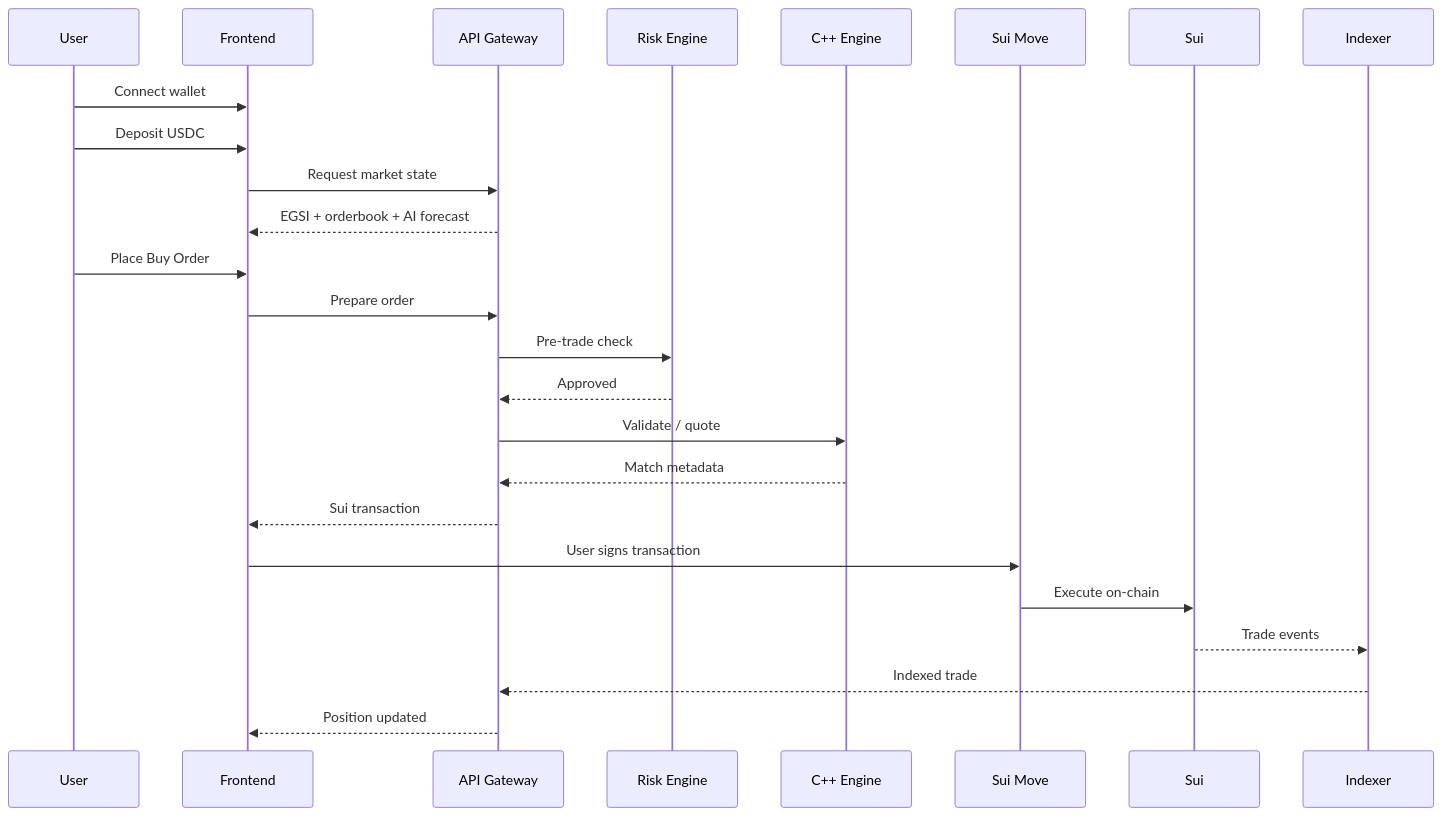
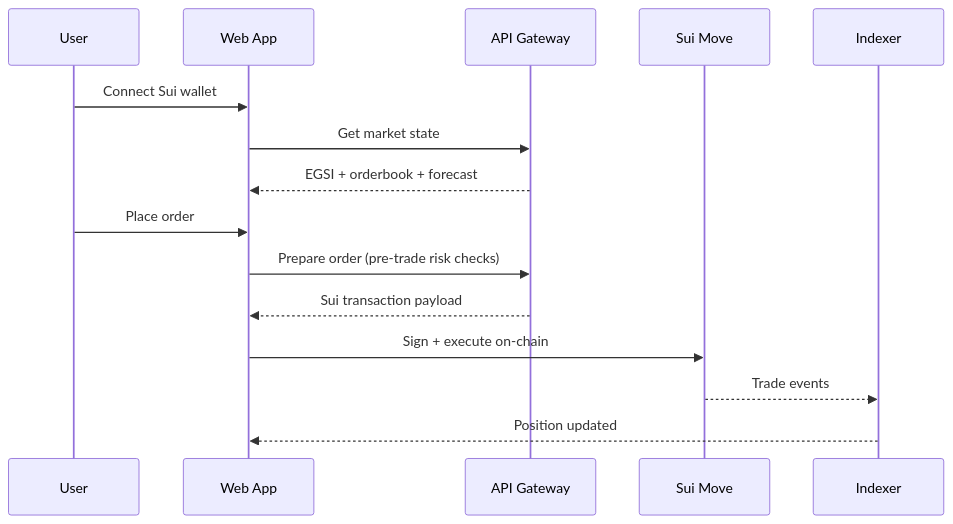
The second of 3 diagrams in ARCHITECTURE.md (zishaan1911/BlockSpace-Securities-Exchange), drawn with Mermaid before and after one commit. The commit also changed other lines of this file and 8 other files, not shown here.

Commit message:
docs: slim architecture to hackathon scope and align with Thetanuts track

````diff
--- a/ARCHITECTURE.md
+++ b/ARCHITECTURE.md
@@ -201,29 +143,18 @@
 ```mermaid
 sequenceDiagram
     participant U as User
-    participant FE as Frontend
+    participant FE as Web App
     participant API as API Gateway
-    participant R as Risk Engine
-    participant C as C++ Engine
     participant S as Sui Move
-    participant CH as Sui
     participant I as Indexer
 
-    U->>FE: Connect wallet
-    U->>FE: Deposit USDC
-    FE->>API: Request market state
-    API-->>FE: EGSI + orderbook + AI forecast
-
-    U->>FE: Place Buy Order
-    FE->>API: Prepare order
-    API->>R: Pre-trade check
-    R-->>API: Approved
-    API->>C: Validate / quote
-    C-->>API: Match metadata
-    API-->>FE: Sui transaction
-    FE->>S: User signs transaction
-    S->>CH: Execute on-chain
-    CH-->>I: Trade events
-    I-->>API: Indexed trade
-    API-->>FE: Position updated
+    U->>FE: Connect Sui wallet
+    FE->>API: Get market state
+    API-->>FE: EGSI + orderbook + forecast
+    U->>FE: Place order
+    FE->>API: Prepare order (pre-trade risk checks)
+    API-->>FE: Sui transaction payload
+    FE->>S: Sign + execute on-chain
+    S-->>I: Trade events
+    I-->>FE: Position updated
 ```
````
